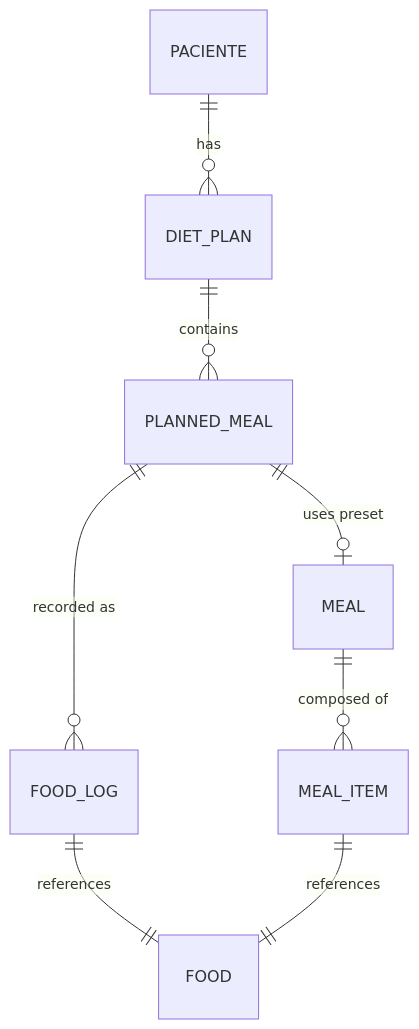
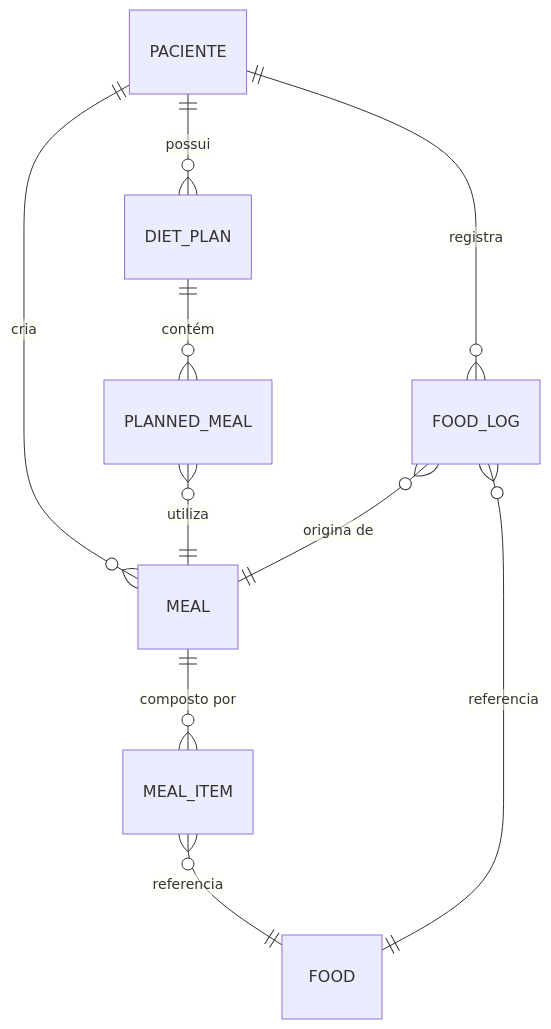
One commit to guicvsub/java-challege-care-plus changed the second of 3 diagrams in architecture.md. Above: the diagram before and after it, drawn with Mermaid. The commit also changed other lines of this file and 22 other files, not shown here.

Commit message:
adiciomamdo-diagramas-e-npmes-retirando-arquivos

````diff
--- a/architecture.md
+++ b/architecture.md
@@ -118,10 +107,12 @@
 ```mermaid
 erDiagram
-    PACIENTE ||--o{ DIET_PLAN : "has"
-    DIET_PLAN ||--o{ PLANNED_MEAL : "contains"
-    PLANNED_MEAL ||--o| MEAL : "uses preset"
-    PLANNED_MEAL ||--o{ FOOD_LOG : "recorded as"
-    FOOD_LOG ||--|| FOOD : "references"
-    MEAL ||--o{ MEAL_ITEM : "composed of"
-    MEAL_ITEM ||--|| FOOD : "references"
+    PACIENTE ||--o{ DIET_PLAN : "possui"
+    PACIENTE ||--o{ MEAL : "cria"
+    PACIENTE ||--o{ FOOD_LOG : "registra"
+    DIET_PLAN ||--o{ PLANNED_MEAL : "contém"
+    PLANNED_MEAL }o--|| MEAL : "utiliza"
+    MEAL ||--o{ MEAL_ITEM : "composto por"
+    MEAL_ITEM }o--|| FOOD : "referencia"
+    FOOD_LOG }o--|| MEAL : "origina de"
+    FOOD_LOG }o--|| FOOD : "referencia"
 ```
````
